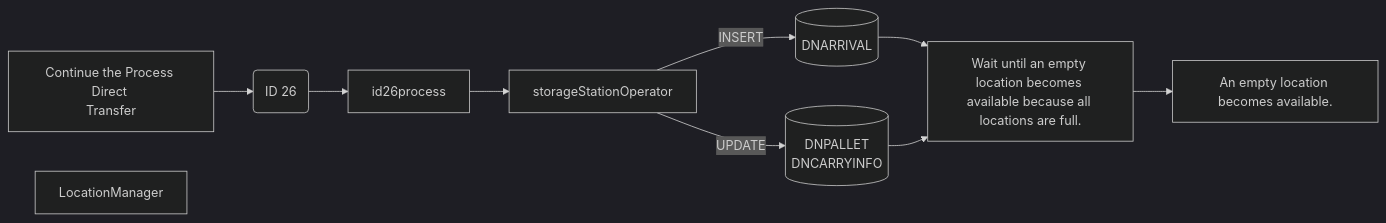
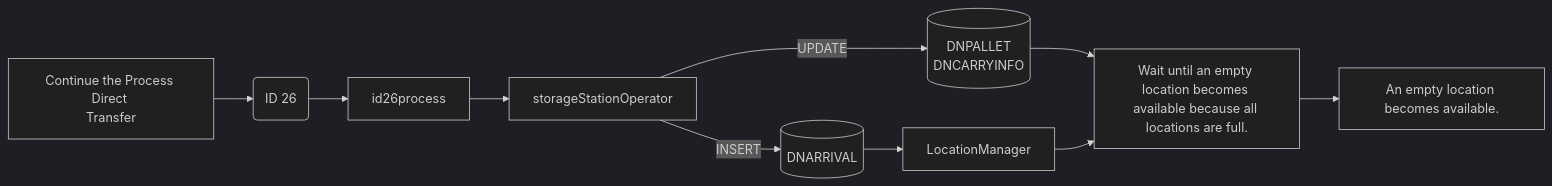
The fifth of 22 diagrams in Basic-Design/DFD-WMS/Storage/Palletizing-Settting/Irregular-Cases.md (luthfiadityaa/SimeDarby-Wiki), drawn with Mermaid (dark theme) before and after one commit.

Commit message:
Updated Irregular Cases

```diff
--- a/Basic-Design/DFD-WMS/Storage/Palletizing-Settting/Irregular-Cases.md
+++ b/Basic-Design/DFD-WMS/Storage/Palletizing-Settting/Irregular-Cases.md
@@ -236,40 +236,40 @@
 ::: mermaid
 flowchart LR
 
 releaseCommand["
 Continue the Process Direct 
 Transfer
 "]
 
 id26msg("
 ID 26
 ")
 
 id26-insert[("
 DNARRIVAL
 ")]
 
 id26-update[("
 DNPALLET
 DNCARRYINFO
 ")];
 
 releaseCommand2["
 Wait until an empty location becomes available because all locations are full.
 "]
 
 releaseCommand4["
 LocationManager
 "]
 
 releaseCommand3["
 An empty location becomes available. 
 "]
 
 storageStationOperator[storageStationOperator]
 
 releaseCommand-->id26msg-->id26process-->storageStationOperator
-storageStationOperator--> |INSERT| id26-insert-->releaseCommand2
+storageStationOperator--> |INSERT| id26-insert-->releaseCommand4
 storageStationOperator--> |UPDATE| id26-update-->releaseCommand2
-releaseCommand2-->releaseCommand3
+releaseCommand4-->releaseCommand2-->releaseCommand3
 :::
```
